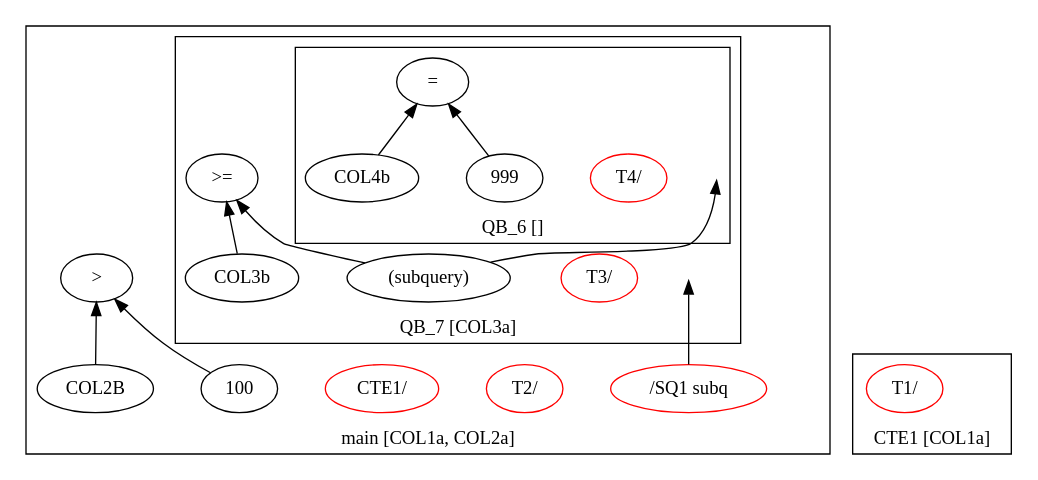
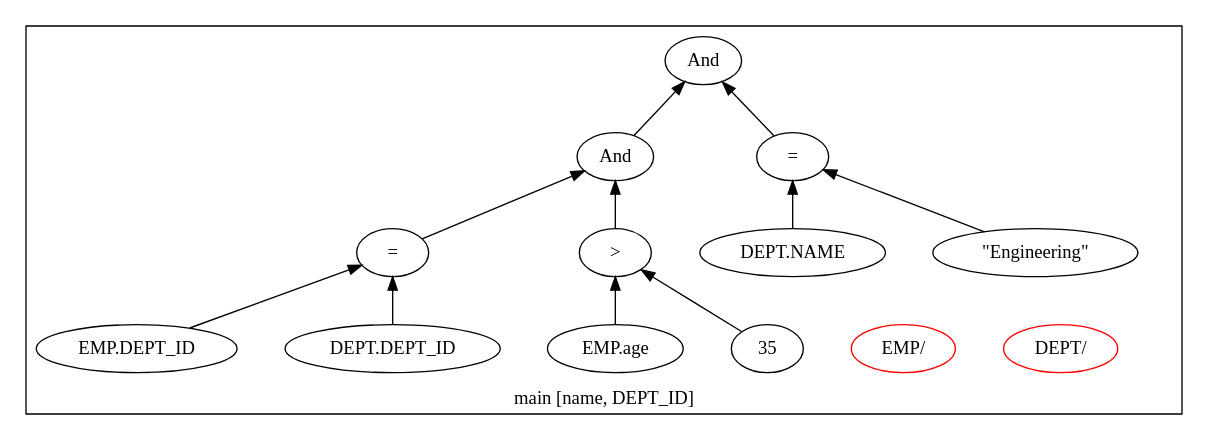
One commit to adarshpannu/kona changed the diagram in qgm.dot. Above: the diagram before and after it, drawn with Graphviz. The commit also changed 8 other files, not shown here.

```diff
--- a/qgm.dot
+++ b/qgm.dot
@@ -1,44 +1,32 @@
 digraph example1 {
     rankdir=BT;
     nodesep=0.5;
     ordering="in";
   subgraph cluster_main {
-    label = "main [COL1a, COL2a]";
+    label = "main [name, DEPT_ID]";
     "main_pt"[shape=point, color=white];
-    "QUN_8"[label="/SQ1 subq", color=red]
-    "QUN_8" -> "QB_7_pt";
-  subgraph cluster_QB_7 {
-    label = "QB_7 [COL3a]";
-    "QB_7_pt"[shape=point, color=white];
-    "QUN_4"[label="T3/ ", color=red]
-    exprnode0x7fd09155fad8[label=">="];
-    exprnode0x7fd09155e1c8 -> exprnode0x7fd09155fad8;
-    exprnode0x7fd09155fa88 -> exprnode0x7fd09155fad8;
-    exprnode0x7fd09155e1c8[label="COL3b"];
-    exprnode0x7fd09155fa88[label="(subquery)"];
-    exprnode0x7fd09155fa88 -> "QB_6_pt";
-  subgraph cluster_QB_6 {
-    label = "QB_6 []";
-    "QB_6_pt"[shape=point, color=white];
-    "QUN_5"[label="T4/ ", color=red]
-    exprnode0x7fd09155f968[label="="];
-    exprnode0x7fd09155ef58 -> exprnode0x7fd09155f968;
-    exprnode0x7fd09155f918 -> exprnode0x7fd09155f968;
-    exprnode0x7fd09155ef58[label="COL4b"];
-    exprnode0x7fd09155f918[label="999"];
+    "QUN_1"[label="DEPT/ ", color=red]
+    "QUN_0"[label="EMP/ ", color=red]
+    exprnode0x7f9711d35d08[label="And"];
+    exprnode0x7f9711d35b68 -> exprnode0x7f9711d35d08;
+    exprnode0x7f9711d35cb8 -> exprnode0x7f9711d35d08;
+    exprnode0x7f9711d35b68[label="And"];
+    exprnode0x7f9711d34bf8 -> exprnode0x7f9711d35b68;
+    exprnode0x7f9711d35b18 -> exprnode0x7f9711d35b68;
+    exprnode0x7f9711d34bf8[label="="];
+    exprnode0x7f9711d344a8 -> exprnode0x7f9711d34bf8;
+    exprnode0x7f9711d34ba8 -> exprnode0x7f9711d34bf8;
+    exprnode0x7f9711d344a8[label="EMP.DEPT_ID"];
+    exprnode0x7f9711d34ba8[label="DEPT.DEPT_ID"];
+    exprnode0x7f9711d35b18[label=">"];
+    exprnode0x7f9711d350c8 -> exprnode0x7f9711d35b18;
+    exprnode0x7f9711d35ac8 -> exprnode0x7f9711d35b18;
+    exprnode0x7f9711d350c8[label="EMP.age"];
+    exprnode0x7f9711d35ac8[label="35"];
+    exprnode0x7f9711d35cb8[label="="];
+    exprnode0x7f9711d35bf8 -> exprnode0x7f9711d35cb8;
+    exprnode0x7f9711d35c68 -> exprnode0x7f9711d35cb8;
+    exprnode0x7f9711d35bf8[label="DEPT.NAME"];
+    exprnode0x7f9711d35c68[label="\"Engineering\""];
 }
 }
-    "QUN_3"[label="T2/ ", color=red]
-    "QUN_2"[label="CTE1/ ", color=red]
-    exprnode0x7fd09155c428[label=">"];
-    exprnode0x7fd09155fc38 -> exprnode0x7fd09155c428;
-    exprnode0x7fd09155c3d8 -> exprnode0x7fd09155c428;
-    exprnode0x7fd09155fc38[label="COL2B"];
-    exprnode0x7fd09155c3d8[label="100"];
-}
-  subgraph cluster_CTE1 {
-    label = "CTE1 [COL1a]";
-    "CTE1_pt"[shape=point, color=white];
-    "QUN_0"[label="T1/ ", color=red]
-}
-}
```
